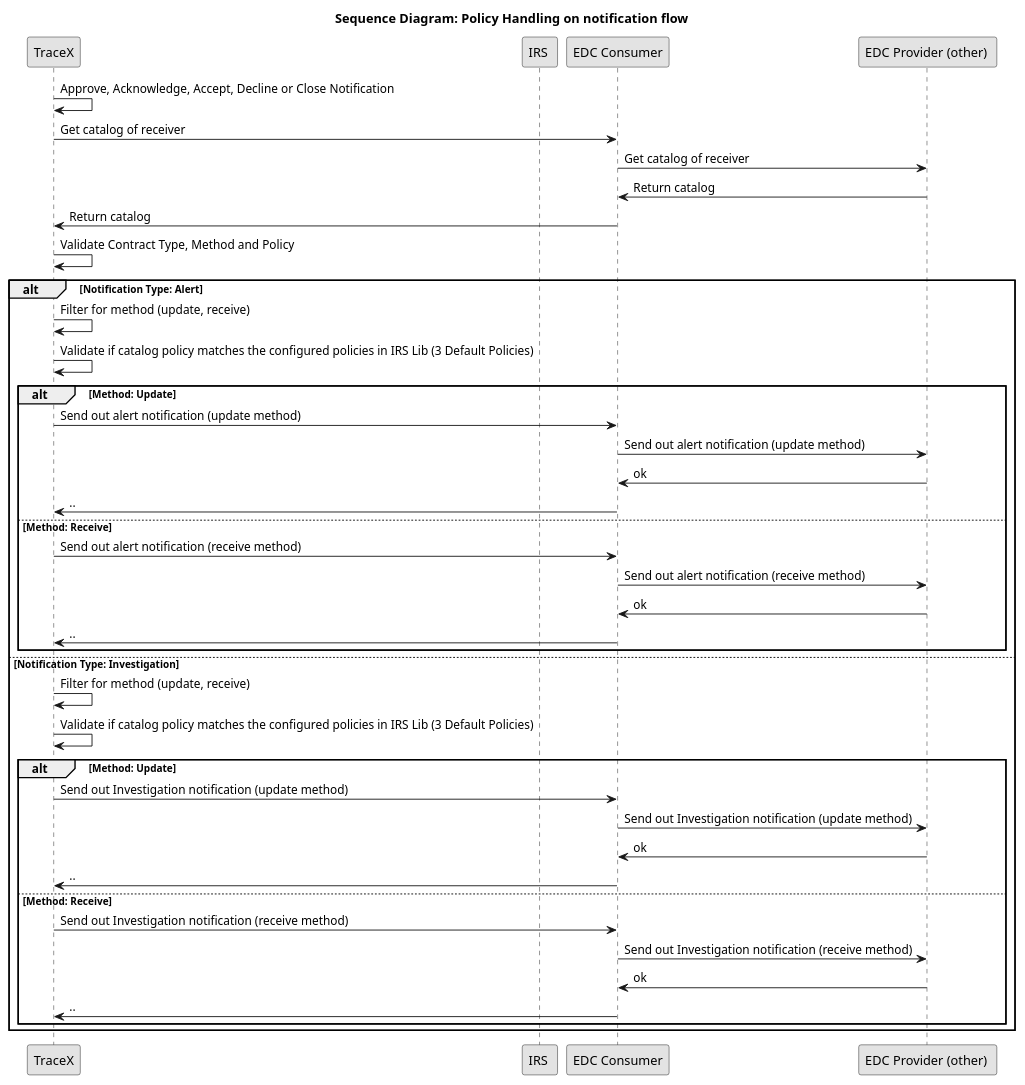
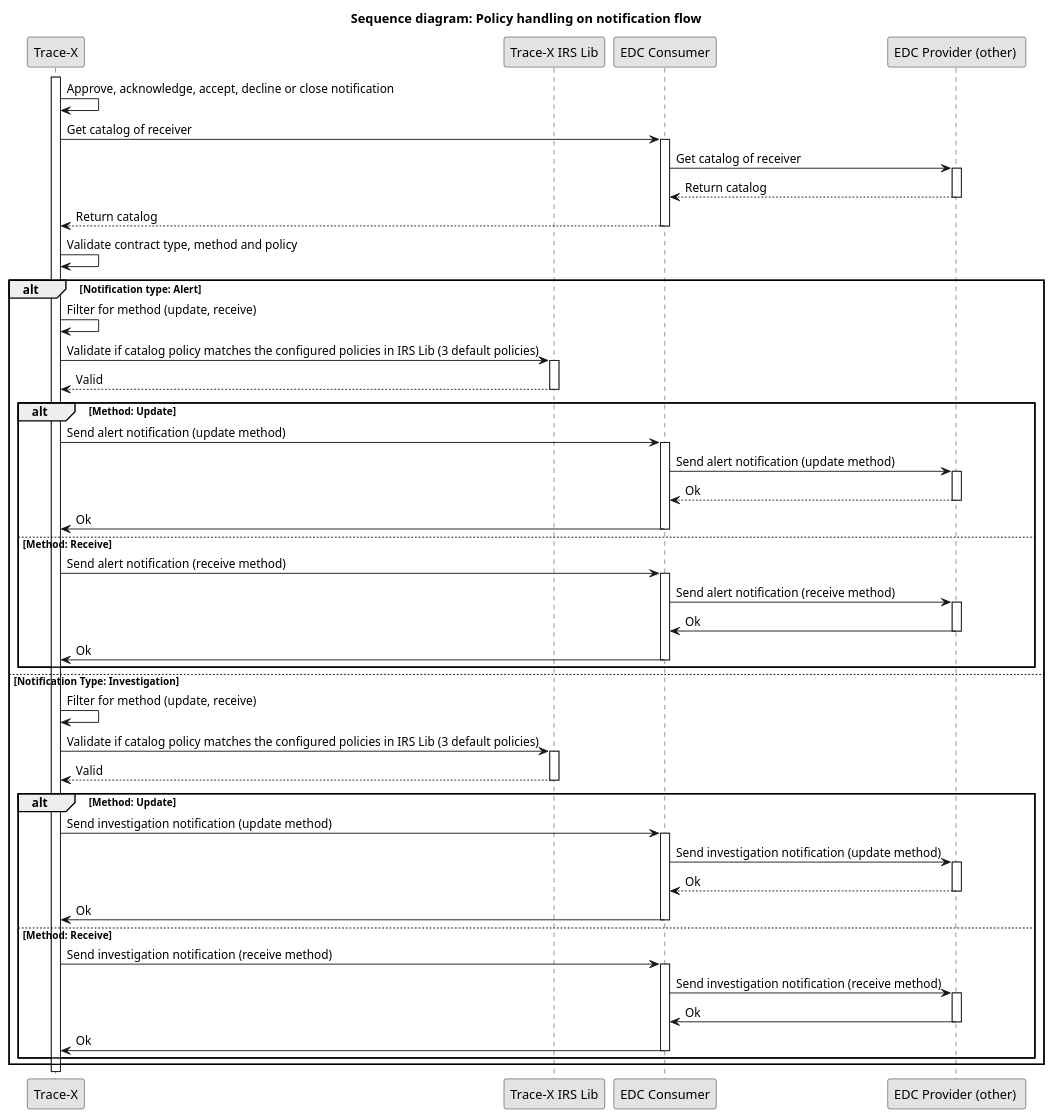
The diagram in docs/src/uml-diagrams/arc42/runtime-view/policies/policy-notifications.puml (eclipse-tractusx/traceability-foss), drawn with PlantUML before and after one commit. The commit also changed 4 other files, not shown here.

```diff
--- a/docs/src/uml-diagrams/arc42/runtime-view/policies/policy-notifications.puml
+++ b/docs/src/uml-diagrams/arc42/runtime-view/policies/policy-notifications.puml
@@ -1,49 +1,75 @@
 @startuml
 skinparam monochrome true
 skinparam shadowing false
 skinparam defaultFontName "Architects daughter"
 
-title Sequence Diagram: Policy Handling on notification flow
-participant "TraceX" as TraceX
-participant "IRS " as IRS
+title Sequence diagram: Policy handling on notification flow
+participant "Trace-X" as TraceX
+participant "Trace-X IRS Lib" as TraceXIRSLib
 participant "EDC Consumer" as EdcConsumer
 participant "EDC Provider (other) " as EdcProvider
 
-TraceX -> TraceX: Approve, Acknowledge, Accept, Decline or Close Notification
+activate TraceX
+TraceX -> TraceX: Approve, acknowledge, accept, decline or close notification
 TraceX -> EdcConsumer: Get catalog of receiver
+activate EdcConsumer
 EdcConsumer -> EdcProvider: Get catalog of receiver
-EdcProvider -> EdcConsumer: Return catalog
-EdcConsumer -> TraceX: Return catalog
-TraceX -> TraceX: Validate Contract Type, Method and Policy
+activate EdcProvider
+EdcProvider --> EdcConsumer: Return catalog
+deactivate EdcProvider
+EdcConsumer --> TraceX: Return catalog
+deactivate EdcConsumer
+TraceX -> TraceX: Validate contract type, method and policy
 
-alt Notification Type: Alert
+alt Notification type: Alert
     TraceX -> TraceX: Filter for method (update, receive)
-    TraceX -> TraceX: Validate if catalog policy matches the configured policies in IRS Lib (3 Default Policies)
+    TraceX -> TraceXIRSLib: Validate if catalog policy matches the configured policies in IRS Lib (3 default policies)
+    activate TraceXIRSLib
+    TraceXIRSLib --> TraceX: Valid
+    deactivate TraceXIRSLib
     alt Method: Update
-        TraceX -> EdcConsumer: Send out alert notification (update method)
-         EdcConsumer -> EdcProvider: Send out alert notification (update method)
-                  EdcProvider -> EdcConsumer: ok
-                  EdcConsumer -> TraceX: ..
+        TraceX -> EdcConsumer: Send alert notification (update method)
+        activate EdcConsumer
+        EdcConsumer -> EdcProvider: Send alert notification (update method)
+        activate EdcProvider
+        EdcProvider --> EdcConsumer: Ok
+        deactivate EdcProvider
+        EdcConsumer -> TraceX: Ok
+        deactivate EdcConsumer
     else Method: Receive
-        TraceX -> EdcConsumer: Send out alert notification (receive method)
-         EdcConsumer -> EdcProvider: Send out alert notification (receive method)
-         EdcProvider -> EdcConsumer: ok
-         EdcConsumer -> TraceX: ..
+        TraceX -> EdcConsumer: Send alert notification (receive method)
+        activate EdcConsumer
+        EdcConsumer -> EdcProvider: Send alert notification (receive method)
+        activate EdcProvider
+        EdcProvider -> EdcConsumer: Ok
+        deactivate EdcProvider
+        EdcConsumer -> TraceX: Ok
+        deactivate EdcConsumer
     end
 else Notification Type: Investigation
     TraceX -> TraceX: Filter for method (update, receive)
-    TraceX -> TraceX: Validate if catalog policy matches the configured policies in IRS Lib (3 Default Policies)
+    TraceX -> TraceXIRSLib: Validate if catalog policy matches the configured policies in IRS Lib (3 default policies)
+    activate TraceXIRSLib
+    TraceXIRSLib --> TraceX: Valid
+    deactivate TraceXIRSLib
     alt Method: Update
-        TraceX -> EdcConsumer: Send out Investigation notification (update method)
-         EdcConsumer -> EdcProvider: Send out Investigation notification (update method)
-                  EdcProvider -> EdcConsumer: ok
-                  EdcConsumer -> TraceX: ..
+        TraceX -> EdcConsumer: Send investigation notification (update method)
+        activate EdcConsumer
+        EdcConsumer -> EdcProvider: Send investigation notification (update method)
+        activate EdcProvider
+        EdcProvider --> EdcConsumer: Ok
+        deactivate EdcProvider
+        EdcConsumer -> TraceX: Ok
+        deactivate EdcConsumer
     else Method: Receive
-        TraceX -> EdcConsumer: Send out Investigation notification (receive method)
-         EdcConsumer -> EdcProvider: Send out Investigation notification (receive method)
-                  EdcProvider -> EdcConsumer: ok
-                  EdcConsumer -> TraceX: ..
+        TraceX -> EdcConsumer: Send investigation notification (receive method)
+        activate EdcConsumer
+        EdcConsumer -> EdcProvider: Send investigation notification (receive method)
+        activate EdcProvider
+        EdcProvider -> EdcConsumer: Ok
+        deactivate EdcProvider
+        EdcConsumer -> TraceX: Ok
+        deactivate EdcConsumer
     end
 end
-
 @enduml
```
